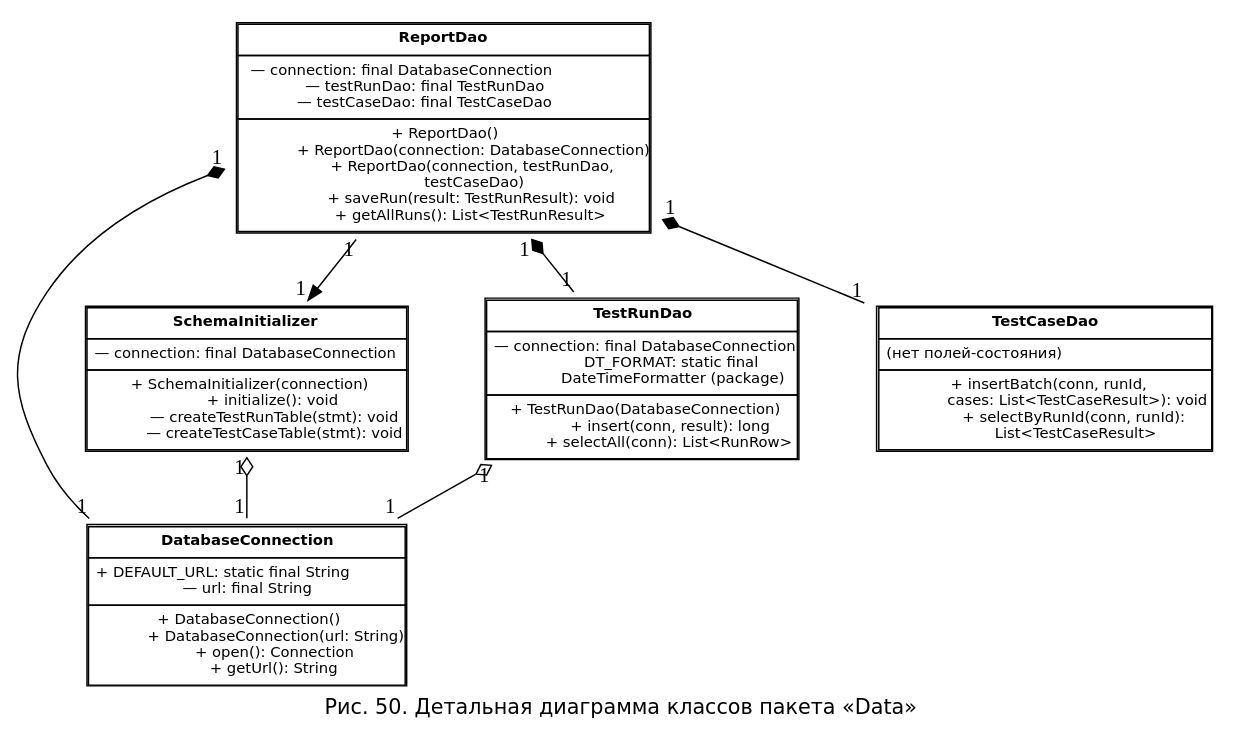
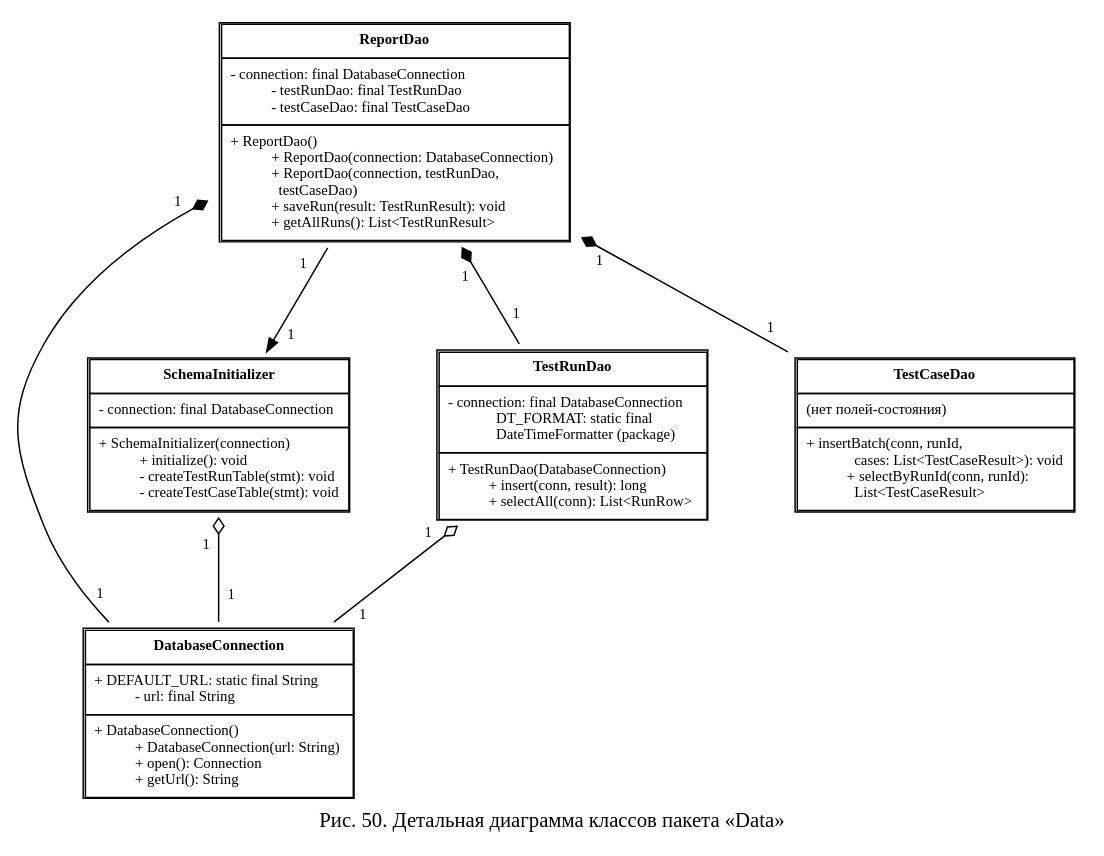
The diagram in diagrams/cls_data_detail.dot (nastolbov/AutoTestGeneratorUpdate), drawn with Graphviz before and after one commit. The commit also changed 47 other files, not shown here.

First line of the commit message:
diagrams: Liberation Serif (как Times New Roman), фикс множественности

```diff
--- a/diagrams/cls_data_detail.dot
+++ b/diagrams/cls_data_detail.dot
@@ -1,59 +1,60 @@
 digraph DD {
-    rankdir=TB; fontname="DejaVu Sans"; fontsize=14;
+    rankdir=TB; fontname="Liberation Serif"; fontsize=14;
     label="Рис. 50. Детальная диаграмма классов пакета «Data»"; labelloc=b;
-    nodesep=0.5;
-    node [fontname="DejaVu Sans", fontsize=10, shape=plaintext];
+    nodesep=0.6; ranksep=0.9;
+    node [fontname="Liberation Serif", fontsize=10, shape=plaintext];
+    edge [color=black, fontname="Liberation Serif", fontsize=10, labeldistance=2.0, arrowsize=0.9];
 
-    RD [label=<<TABLE BORDER="1" CELLBORDER="1" CELLSPACING="0" CELLPADDING="4" BGCOLOR="white">
-        <TR><TD><B>ReportDao</B></TD></TR>
-        <TR><TD ALIGN="LEFT">— connection: final DatabaseConnection<BR/>
-            — testRunDao: final TestRunDao<BR/>
-            — testCaseDao: final TestCaseDao</TD></TR>
-        <TR><TD ALIGN="LEFT">+ ReportDao()<BR/>
-            + ReportDao(connection: DatabaseConnection)<BR/>
-            + ReportDao(connection, testRunDao,<BR/>
-              testCaseDao)<BR/>
-            + saveRun(result: TestRunResult): void<BR/>
-            + getAllRuns(): List&lt;TestRunResult&gt;</TD></TR></TABLE>>];
+    RD [label=<<TABLE BORDER="1" CELLBORDER="1" CELLSPACING="0" CELLPADDING="5" BGCOLOR="white">
+        <TR><TD ALIGN="CENTER"><B>ReportDao</B></TD></TR>
+        <TR><TD ALIGN="LEFT">- connection: final DatabaseConnection<BR ALIGN="LEFT"/>
+            - testRunDao: final TestRunDao<BR ALIGN="LEFT"/>
+            - testCaseDao: final TestCaseDao<BR ALIGN="LEFT"/></TD></TR>
+        <TR><TD ALIGN="LEFT">+ ReportDao()<BR ALIGN="LEFT"/>
+            + ReportDao(connection: DatabaseConnection)<BR ALIGN="LEFT"/>
+            + ReportDao(connection, testRunDao,<BR ALIGN="LEFT"/>
+            &nbsp;&nbsp;testCaseDao)<BR ALIGN="LEFT"/>
+            + saveRun(result: TestRunResult): void<BR ALIGN="LEFT"/>
+            + getAllRuns(): List&lt;TestRunResult&gt;<BR ALIGN="LEFT"/></TD></TR></TABLE>>];
 
-    DC [label=<<TABLE BORDER="1" CELLBORDER="1" CELLSPACING="0" CELLPADDING="4" BGCOLOR="white">
-        <TR><TD><B>DatabaseConnection</B></TD></TR>
-        <TR><TD ALIGN="LEFT">+ DEFAULT_URL: static final String<BR/>
-            — url: final String</TD></TR>
-        <TR><TD ALIGN="LEFT">+ DatabaseConnection()<BR/>
-            + DatabaseConnection(url: String)<BR/>
-            + open(): Connection<BR/>
-            + getUrl(): String</TD></TR></TABLE>>];
+    DC [label=<<TABLE BORDER="1" CELLBORDER="1" CELLSPACING="0" CELLPADDING="5" BGCOLOR="white">
+        <TR><TD ALIGN="CENTER"><B>DatabaseConnection</B></TD></TR>
+        <TR><TD ALIGN="LEFT">+ DEFAULT_URL: static final String<BR ALIGN="LEFT"/>
+            - url: final String<BR ALIGN="LEFT"/></TD></TR>
+        <TR><TD ALIGN="LEFT">+ DatabaseConnection()<BR ALIGN="LEFT"/>
+            + DatabaseConnection(url: String)<BR ALIGN="LEFT"/>
+            + open(): Connection<BR ALIGN="LEFT"/>
+            + getUrl(): String<BR ALIGN="LEFT"/></TD></TR></TABLE>>];
 
-    SI [label=<<TABLE BORDER="1" CELLBORDER="1" CELLSPACING="0" CELLPADDING="4" BGCOLOR="white">
-        <TR><TD><B>SchemaInitializer</B></TD></TR>
-        <TR><TD ALIGN="LEFT">— connection: final DatabaseConnection</TD></TR>
-        <TR><TD ALIGN="LEFT">+ SchemaInitializer(connection)<BR/>
-            + initialize(): void<BR/>
-            — createTestRunTable(stmt): void<BR/>
-            — createTestCaseTable(stmt): void</TD></TR></TABLE>>];
+    SI [label=<<TABLE BORDER="1" CELLBORDER="1" CELLSPACING="0" CELLPADDING="5" BGCOLOR="white">
+        <TR><TD ALIGN="CENTER"><B>SchemaInitializer</B></TD></TR>
+        <TR><TD ALIGN="LEFT">- connection: final DatabaseConnection<BR ALIGN="LEFT"/></TD></TR>
+        <TR><TD ALIGN="LEFT">+ SchemaInitializer(connection)<BR ALIGN="LEFT"/>
+            + initialize(): void<BR ALIGN="LEFT"/>
+            - createTestRunTable(stmt): void<BR ALIGN="LEFT"/>
+            - createTestCaseTable(stmt): void<BR ALIGN="LEFT"/></TD></TR></TABLE>>];
 
-    TRD [label=<<TABLE BORDER="1" CELLBORDER="1" CELLSPACING="0" CELLPADDING="4" BGCOLOR="white">
-        <TR><TD><B>TestRunDao</B></TD></TR>
-        <TR><TD ALIGN="LEFT">— connection: final DatabaseConnection<BR/>
-              DT_FORMAT: static final<BR/>
-              DateTimeFormatter (package)</TD></TR>
-        <TR><TD ALIGN="LEFT">+ TestRunDao(DatabaseConnection)<BR/>
-            + insert(conn, result): long<BR/>
-            + selectAll(conn): List&lt;RunRow&gt;</TD></TR></TABLE>>];
+    TRD [label=<<TABLE BORDER="1" CELLBORDER="1" CELLSPACING="0" CELLPADDING="5" BGCOLOR="white">
+        <TR><TD ALIGN="CENTER"><B>TestRunDao</B></TD></TR>
+        <TR><TD ALIGN="LEFT">- connection: final DatabaseConnection<BR ALIGN="LEFT"/>
+            &nbsp;&nbsp;DT_FORMAT: static final<BR ALIGN="LEFT"/>
+            &nbsp;&nbsp;DateTimeFormatter (package)<BR ALIGN="LEFT"/></TD></TR>
+        <TR><TD ALIGN="LEFT">+ TestRunDao(DatabaseConnection)<BR ALIGN="LEFT"/>
+            + insert(conn, result): long<BR ALIGN="LEFT"/>
+            + selectAll(conn): List&lt;RunRow&gt;<BR ALIGN="LEFT"/></TD></TR></TABLE>>];
 
-    TCD [label=<<TABLE BORDER="1" CELLBORDER="1" CELLSPACING="0" CELLPADDING="4" BGCOLOR="white">
-        <TR><TD><B>TestCaseDao</B></TD></TR>
-        <TR><TD ALIGN="LEFT">(нет полей-состояния)</TD></TR>
-        <TR><TD ALIGN="LEFT">+ insertBatch(conn, runId,<BR/>
-              cases: List&lt;TestCaseResult&gt;): void<BR/>
-            + selectByRunId(conn, runId):<BR/>
-              List&lt;TestCaseResult&gt;</TD></TR></TABLE>>];
+    TCD [label=<<TABLE BORDER="1" CELLBORDER="1" CELLSPACING="0" CELLPADDING="5" BGCOLOR="white">
+        <TR><TD ALIGN="CENTER"><B>TestCaseDao</B></TD></TR>
+        <TR><TD ALIGN="LEFT">(нет полей-состояния)<BR ALIGN="LEFT"/></TD></TR>
+        <TR><TD ALIGN="LEFT">+ insertBatch(conn, runId,<BR ALIGN="LEFT"/>
+            &nbsp;&nbsp;cases: List&lt;TestCaseResult&gt;): void<BR ALIGN="LEFT"/>
+            + selectByRunId(conn, runId):<BR ALIGN="LEFT"/>
+            &nbsp;&nbsp;List&lt;TestCaseResult&gt;<BR ALIGN="LEFT"/></TD></TR></TABLE>>];
 
     RD -> DC  [arrowtail=diamond, dir=back, taillabel="1", headlabel="1"];
     RD -> TRD [arrowtail=diamond, dir=back, taillabel="1", headlabel="1"];
     RD -> TCD [arrowtail=diamond, dir=back, taillabel="1", headlabel="1"];
     RD -> SI  [taillabel="1", headlabel="1"];
     TRD -> DC [arrowtail=odiamond, dir=back, taillabel="1", headlabel="1"];
     SI  -> DC [arrowtail=odiamond, dir=back, taillabel="1", headlabel="1"];
 }
```
